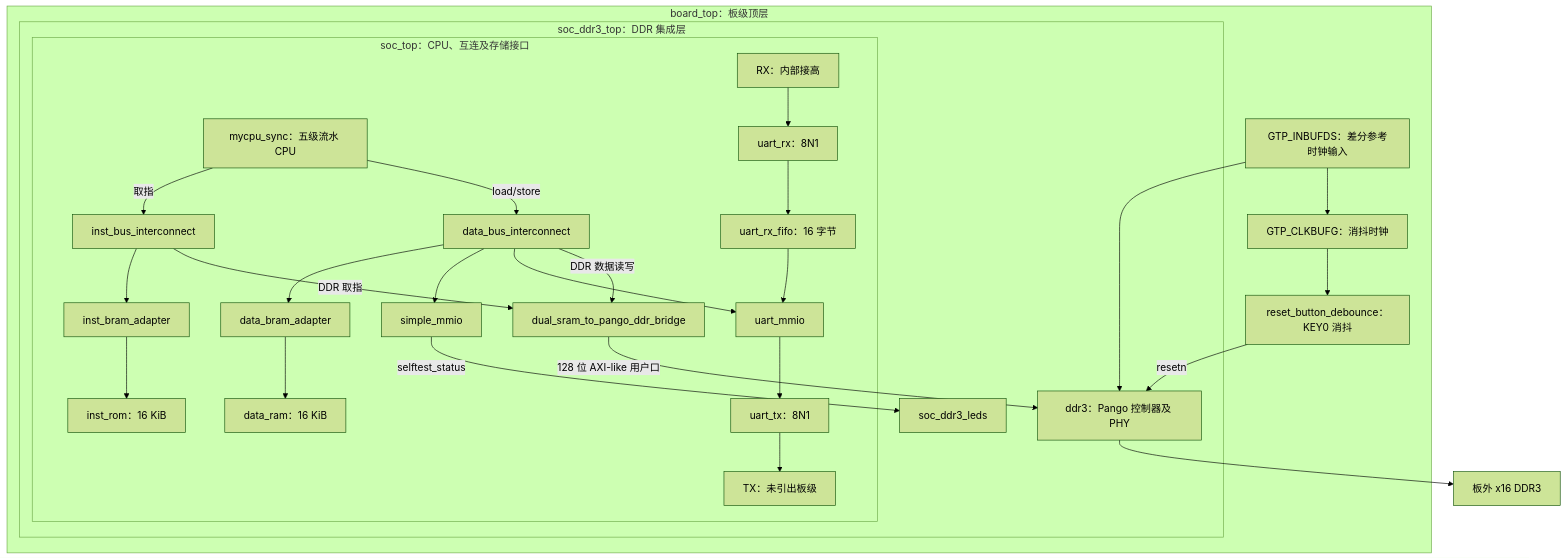
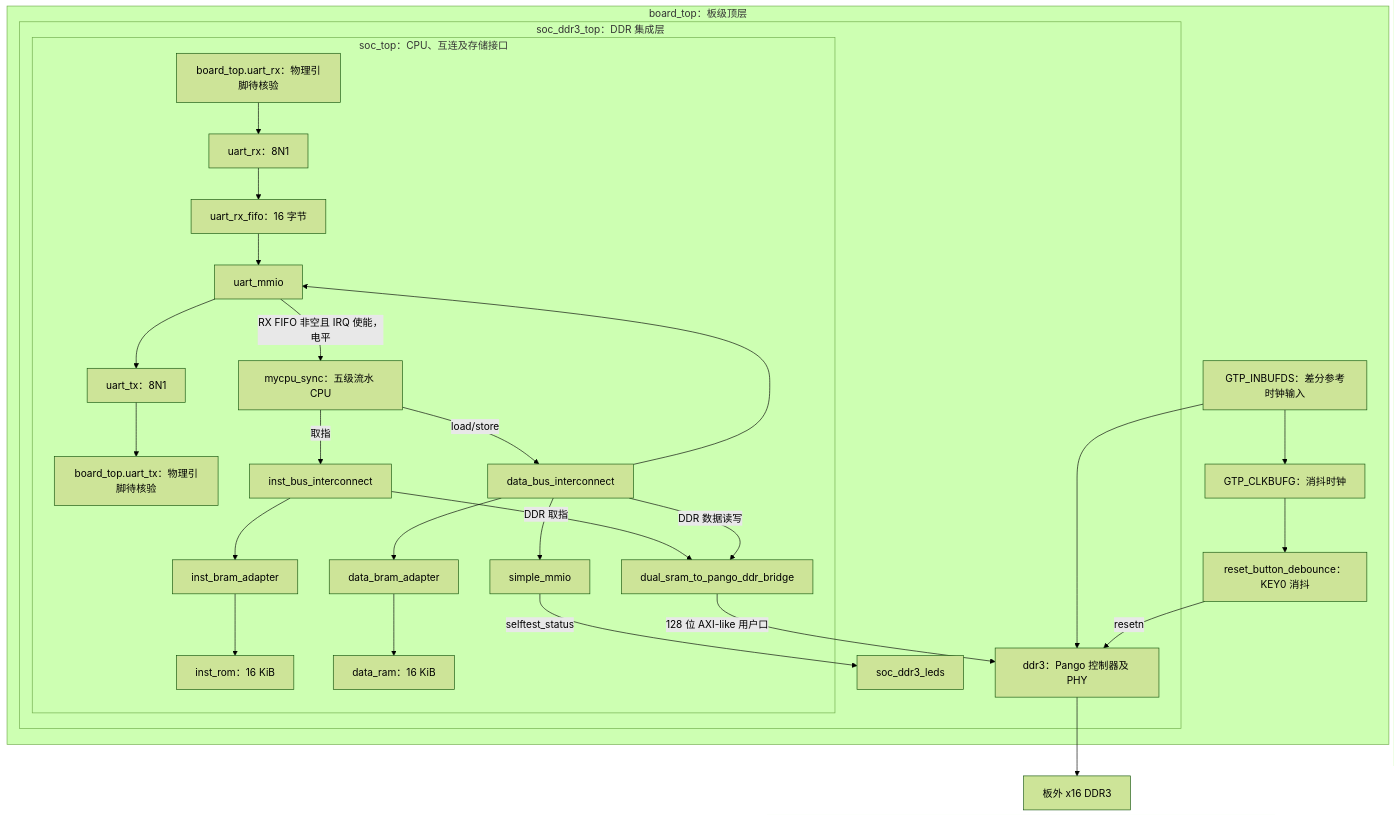
One commit to zlmy-kyz/riscv changed the diagram in doc/SoC结构说明_2026-10-04.md. Above: the diagram before and after it, drawn with Mermaid (forest theme). The commit also changed other lines of this file and 32 other files, not shown here.

First line of the commit message:
Wire board UART ports and add verified RX interrupts

````diff
--- a/doc/SoC结构说明_2026-10-04.md
+++ b/doc/SoC结构说明_2026-10-04.md
@@ -18,44 +18,45 @@
 ```mermaid
 flowchart TB
   subgraph B[board_top：板级顶层]
     CLK[GTP_INBUFDS：差分参考时钟输入]
     BUF[GTP_CLKBUFG：消抖时钟]
     KEY[reset_button_debounce：KEY0 消抖]
+    RX[board_top.uart_rx：物理引脚待核验]
+    TX[board_top.uart_tx：物理引脚待核验]
     CLK --> BUF --> KEY
     subgraph D[soc_ddr3_top：DDR 集成层]
       subgraph S[soc_top：CPU、互连及存储接口]
         CPU[mycpu_sync：五级流水 CPU]
         IB[inst_bus_interconnect]
         DB[data_bus_interconnect]
         IA[inst_bram_adapter]
         DA[data_bram_adapter]
         ROM[inst_rom：16 KiB]
         RAM[data_ram：16 KiB]
         MM[simple_mmio]
         UM[uart_mmio]
         UT[uart_tx：8N1]
         UR[uart_rx：8N1]
         UF[uart_rx_fifo：16 字节]
-        RX[RX：内部接高]
-        TX[TX：未引出板级]
         BR[dual_sram_to_pango_ddr_bridge]
         CPU -->|取指| IB
         CPU -->|load/store| DB
         IB --> IA --> ROM
         DB --> DA --> RAM
         DB --> MM
         DB --> UM --> UT --> TX
         RX --> UR --> UF --> UM
+        UM -->|RX FIFO 非空且 IRQ 使能，电平| CPU
         IB -->|DDR 取指| BR
         DB -->|DDR 数据读写| BR
       end
       DDR[ddr3：Pango 控制器及 PHY]
       LED[soc_ddr3_leds]
       BR -->|128 位 AXI-like 用户口| DDR
       MM -->|selftest_status| LED
     end
     CLK --> DDR
     KEY -->|resetn| DDR
   end
   DDR --> MEM[板外 x16 DDR3]
 ```
````
